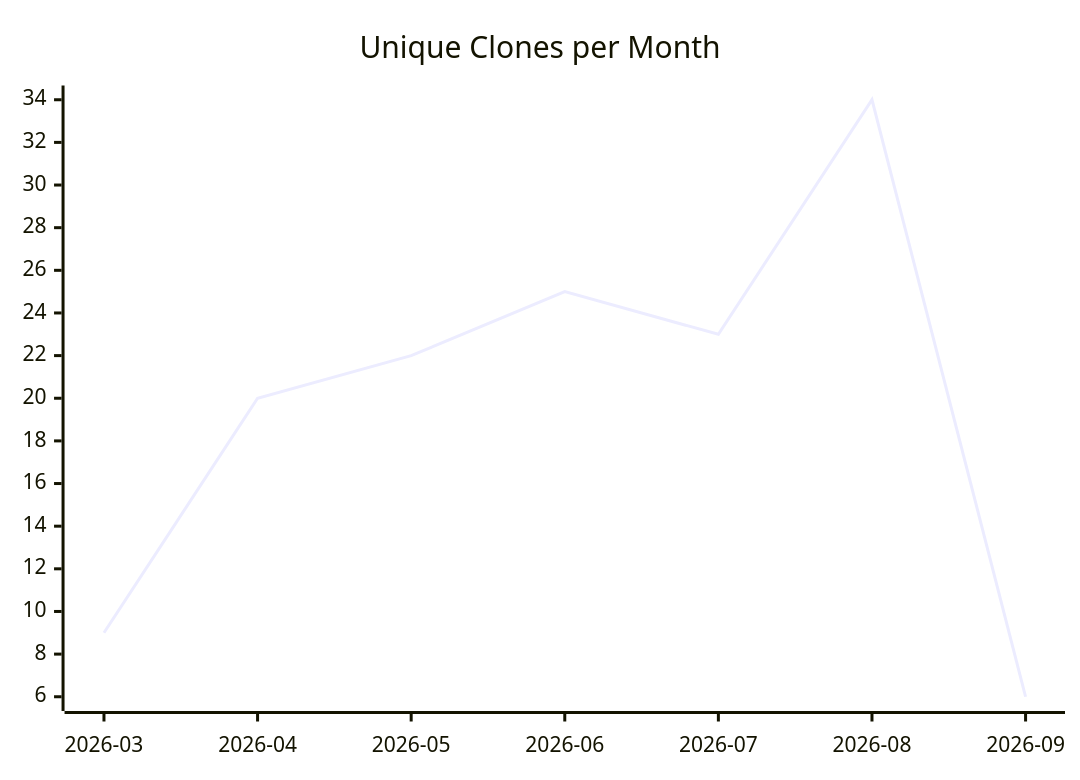
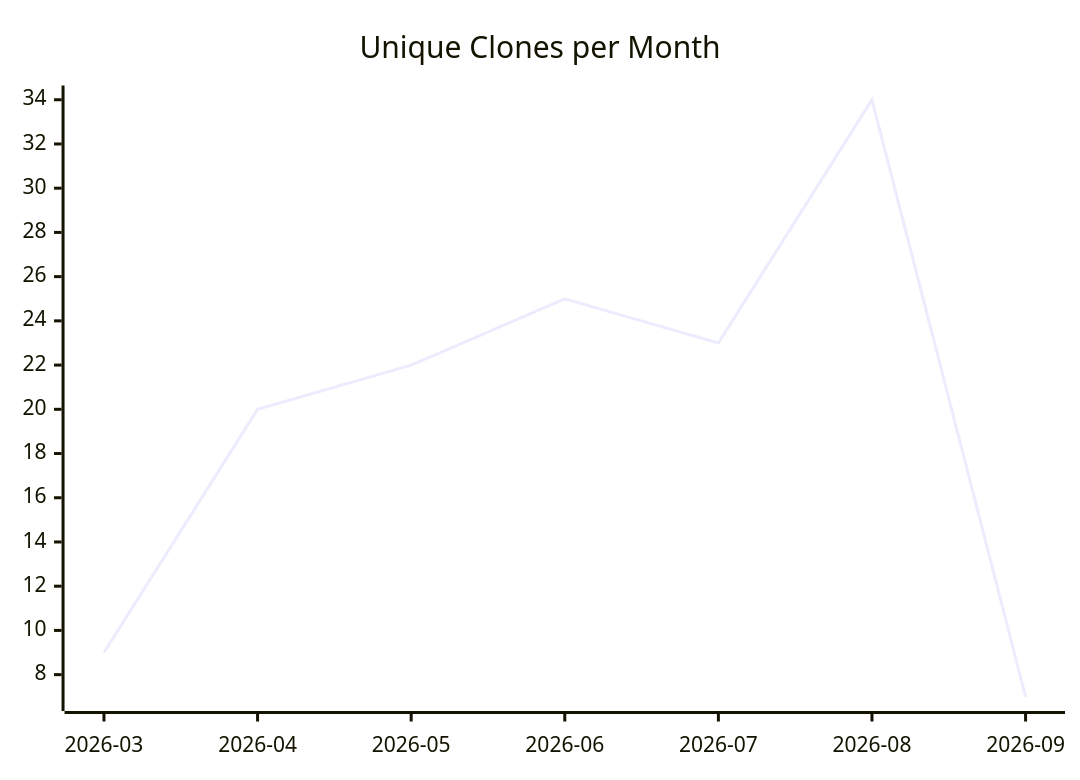
The third of 3 diagrams in karlmdavis/kxml2/README.md (justdavis-family/github-analytics-data), drawn with Mermaid before and after one commit. The commit also changed other lines of this file and 189 other files, not shown here.

````diff
--- a/karlmdavis/kxml2/README.md
+++ b/karlmdavis/kxml2/README.md
@@ -19,6 +19,6 @@
 ```mermaid
 xychart-beta
   title "Unique Clones per Month"
   x-axis ["2026-03", "2026-04", "2026-05", "2026-06", "2026-07", "2026-08", "2026-09"]
-  line [9, 20, 22, 25, 23, 34, 6]
+  line [9, 20, 22, 25, 23, 34, 7]
 ```
````
